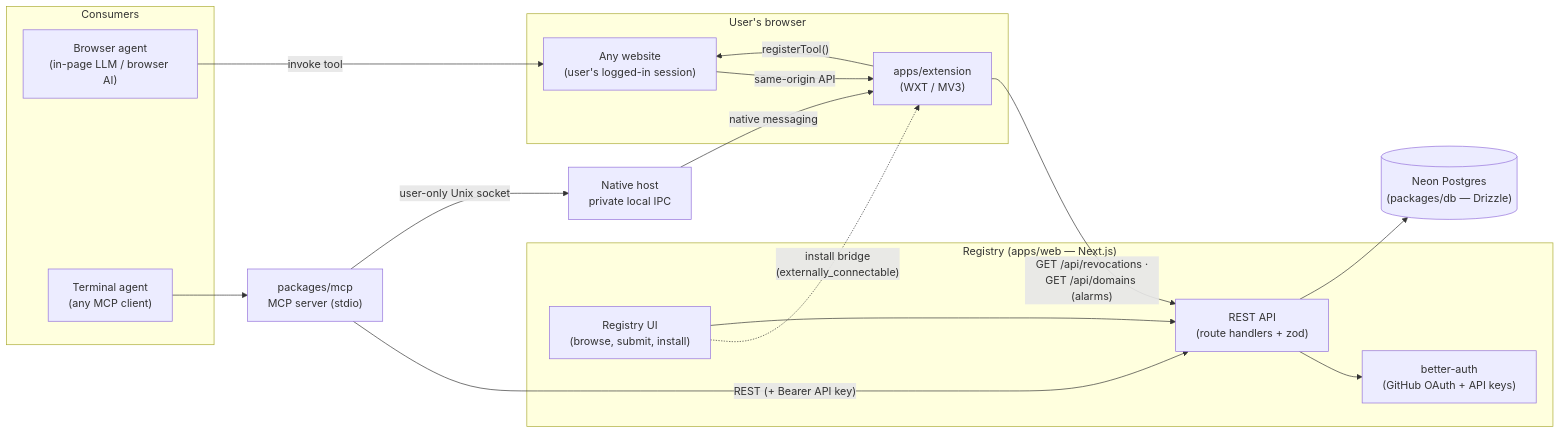
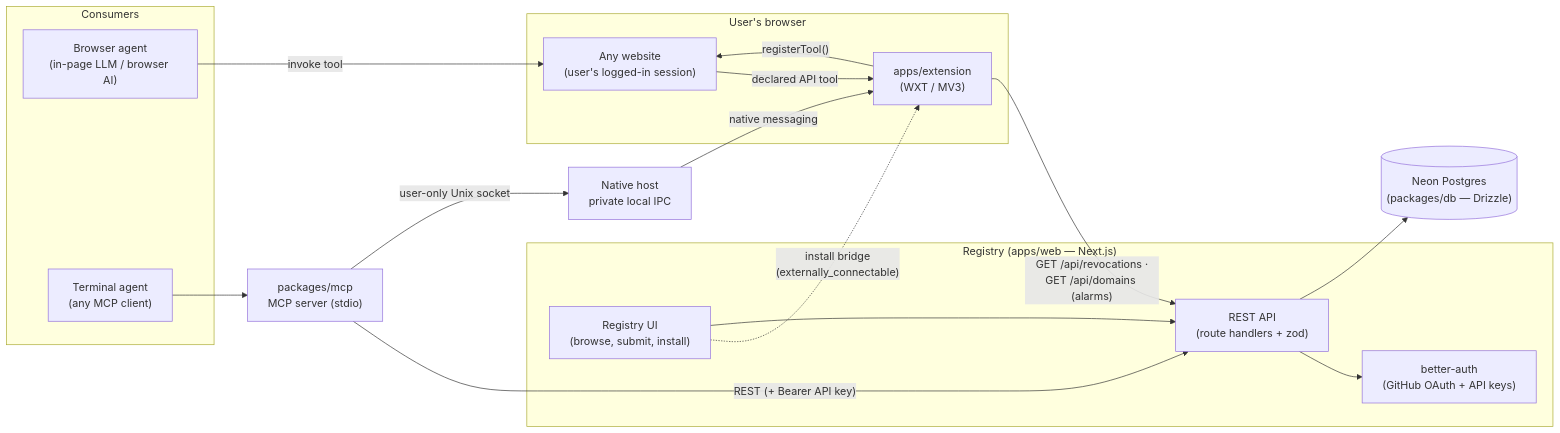
One commit to robertn702/webmcp-today changed the first of 5 diagrams in ARCHITECTURE.md. Above: the diagram before and after it, drawn with Mermaid. The commit also changed other lines of this file and 27 other files, not shown here.

````diff
--- a/ARCHITECTURE.md
+++ b/ARCHITECTURE.md
@@ -20,35 +20,35 @@
 ```mermaid
 flowchart LR
     subgraph Consumers
         BA["Browser agent<br/>(in-page LLM / browser AI)"]
         TA["Terminal agent<br/>(any MCP client)"]
     end
 
     subgraph Browser["User's browser"]
         EXT["apps/extension<br/>(WXT / MV3)"]
         PAGE["Any website<br/>(user's logged-in session)"]
         EXT -- "registerTool()" --> PAGE
         BA -- "invoke tool" --> PAGE
-        PAGE -- "same-origin API" --> EXT
+        PAGE -- "declared API tool" --> EXT
     end
 
     subgraph Registry["Registry (apps/web — Next.js)"]
         UI["Registry UI<br/>(browse, submit, install)"]
         API["REST API<br/>(route handlers + zod)"]
         AUTH["better-auth<br/>(GitHub OAuth + API keys)"]
     end
 
     DB[("Neon Postgres<br/>(packages/db — Drizzle)")]
      MCP["packages/mcp<br/>MCP server (stdio)"]
      HOST["Native host<br/>private local IPC"]
 
     UI -. "install bridge<br/>(externally_connectable)" .-> EXT
     EXT -- "GET /api/revocations ·<br/>GET /api/domains (alarms)" --> API
      MCP -- "REST (+ Bearer API key)" --> API
      MCP -- "user-only Unix socket" --> HOST
      HOST -- "native messaging" --> EXT
     TA --> MCP
     UI --> API
     API --> AUTH
     API --> DB
 ```
````
